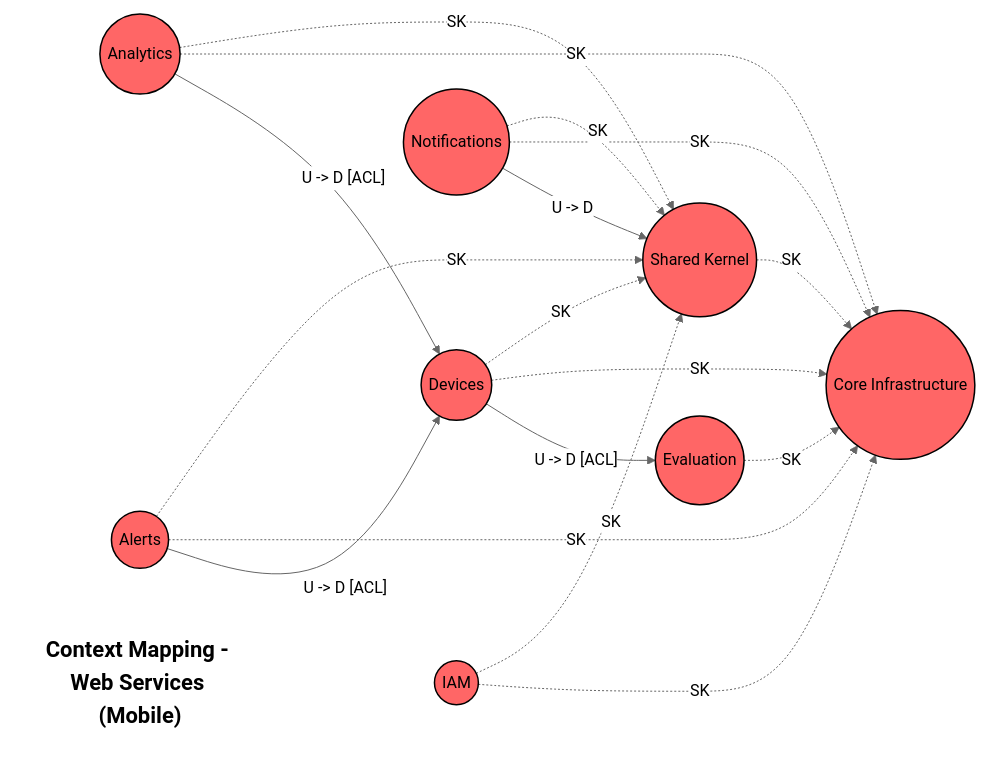
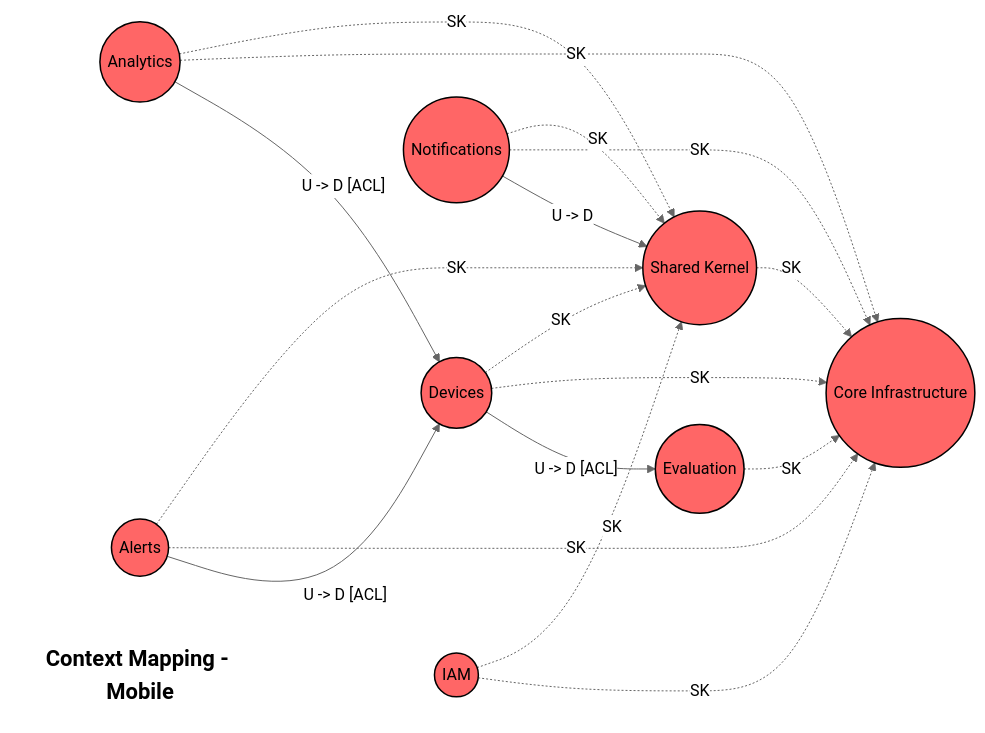
The diagram in docs/context-mapping/context-mapping.md (Vanana-Desarrollo-de-Soluciones-IOT/mobile), drawn with Mermaid (neutral theme) before and after one commit.

Commit message:
fix: name for chard

````diff
--- a/docs/context-mapping/context-mapping.md
+++ b/docs/context-mapping/context-mapping.md
@@ -7,47 +7,47 @@
 ```mermaid
 flowchart LR
-    %% Context Mapping - Web Services (Mobile)
+    %% Context Mapping - Mobile
 
-    title["Context Mapping - Web Services (Mobile)"]
+    title["Context Mapping - Mobile"]
 
     IAM(("IAM"))
     Devices(("Devices"))
     Alerts(("Alerts"))
     Analytics(("Analytics"))
     Evaluation(("Evaluation"))
     Notifications(("Notifications"))
     Core(("Core Infrastructure"))
     Shared(("Shared Kernel"))
 
     %% Domain relationships
     Alerts -->|"U -> D [ACL]"| Devices
     Analytics -->|"U -> D [ACL]"| Devices
     Devices -->|"U -> D [ACL]"| Evaluation
 
     %% Shared Kernel & Layout dependencies
     Notifications -->|"U -> D"| Shared
     
     %% Cross-cutting Core infrastructure
     IAM -.->|"SK"| Core
     Devices -.->|"SK"| Core
     Alerts -.->|"SK"| Core
     Analytics -.->|"SK"| Core
     Evaluation -.->|"SK"| Core
     Notifications -.->|"SK"| Core
     Shared -.->|"SK"| Core
 
     %% Shared Widgets dependencies
     IAM -.->|"SK"| Shared
     Devices -.->|"SK"| Shared
     Alerts -.->|"SK"| Shared
     Analytics -.->|"SK"| Shared
     Notifications -.->|"SK"| Shared
 
     title ~~~ IAM
 
     classDef context fill:#ff6666,stroke:#000,stroke-width:1.5px,color:#000;
     classDef titleNode fill:transparent,stroke:transparent,color:#000,font-size:22px,font-weight:bold;
 
     class IAM,Devices,Alerts,Analytics,Evaluation,Notifications,Core,Shared context;
     class title titleNode;
 ```
````
